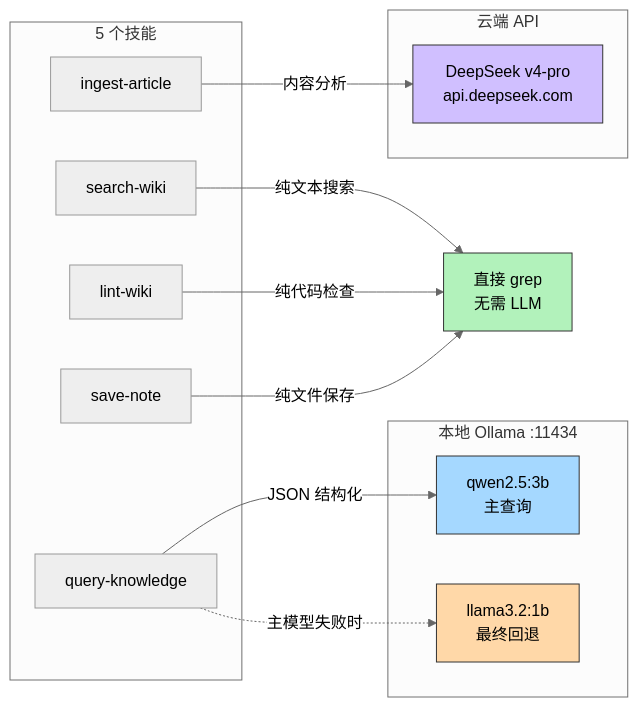
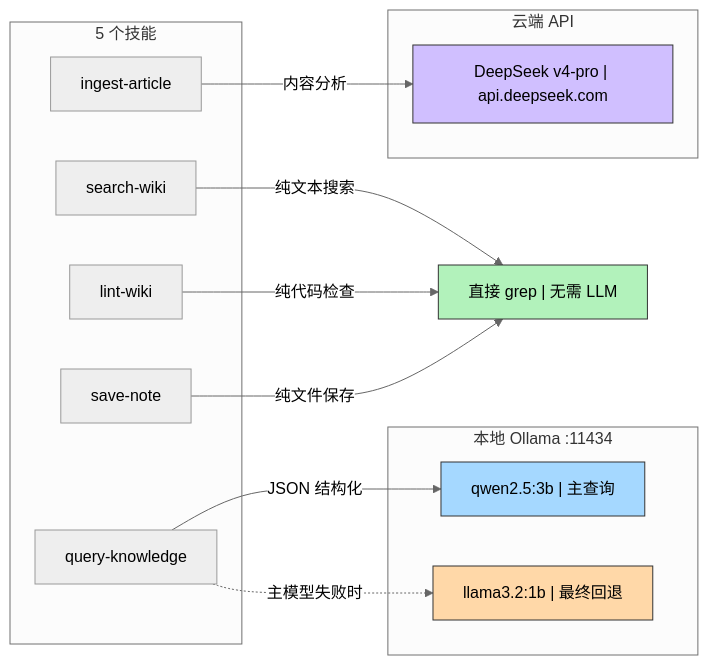
Before and after one commit to JXY001A/knowledge-wiki: the eighth of 8 diagrams in wiki/综合分析/2026-05-23 Phase 2 实现详细流程图.md, drawn with Mermaid (neutral theme). The commit also changed other lines of this file, not shown here.

````diff
--- a/wiki/综合分析/2026-05-23 Phase 2 实现详细流程图.md
+++ b/wiki/综合分析/2026-05-23 Phase 2 实现详细流程图.md
@@ -402,31 +402,31 @@
 ```mermaid
 graph LR
     subgraph Skills["5 个技能"]
         SW["search-wiki"]
         QK["query-knowledge"]
         IA["ingest-article"]
         LW["lint-wiki"]
         SN["save-note"]
     end
 
     subgraph Local["本地 Ollama :11434"]
-        Qwen["qwen2.5:3b<br/>主查询"]
-        Llama["llama3.2:1b<br/>最终回退"]
+        Qwen["qwen2.5:3b | 主查询"]
+        Llama["llama3.2:1b | 最终回退"]
     end
 
     subgraph Cloud["云端 API"]
-        DS["DeepSeek v4-pro<br/>api.deepseek.com"]
+        DS["DeepSeek v4-pro | api.deepseek.com"]
     end
 
-    SW -->|"纯文本搜索"| Direct["直接 grep<br/>无需 LLM"]
+    SW -->|"纯文本搜索"| Direct["直接 grep | 无需 LLM"]
     QK -->|"JSON 结构化"| Qwen
     QK -.->|"主模型失败时"| Llama
     IA -->|"内容分析"| DS
     LW -->|"纯代码检查"| Direct
     SN -->|"纯文件保存"| Direct
 
     style Direct fill:#b2f2bb,stroke:#333
     style Qwen fill:#a5d8ff,stroke:#333
     style Llama fill:#ffd8a8,stroke:#333
     style DS fill:#d0bfff,stroke:#333
 ```
````
